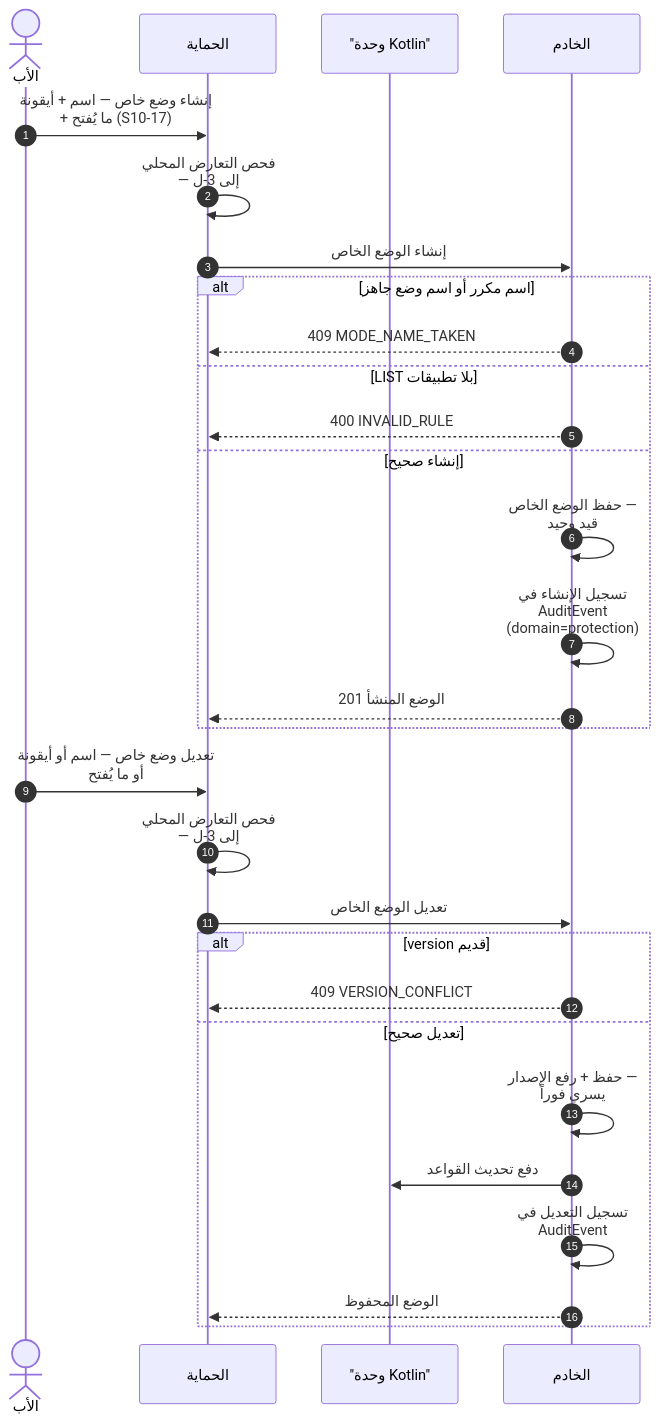
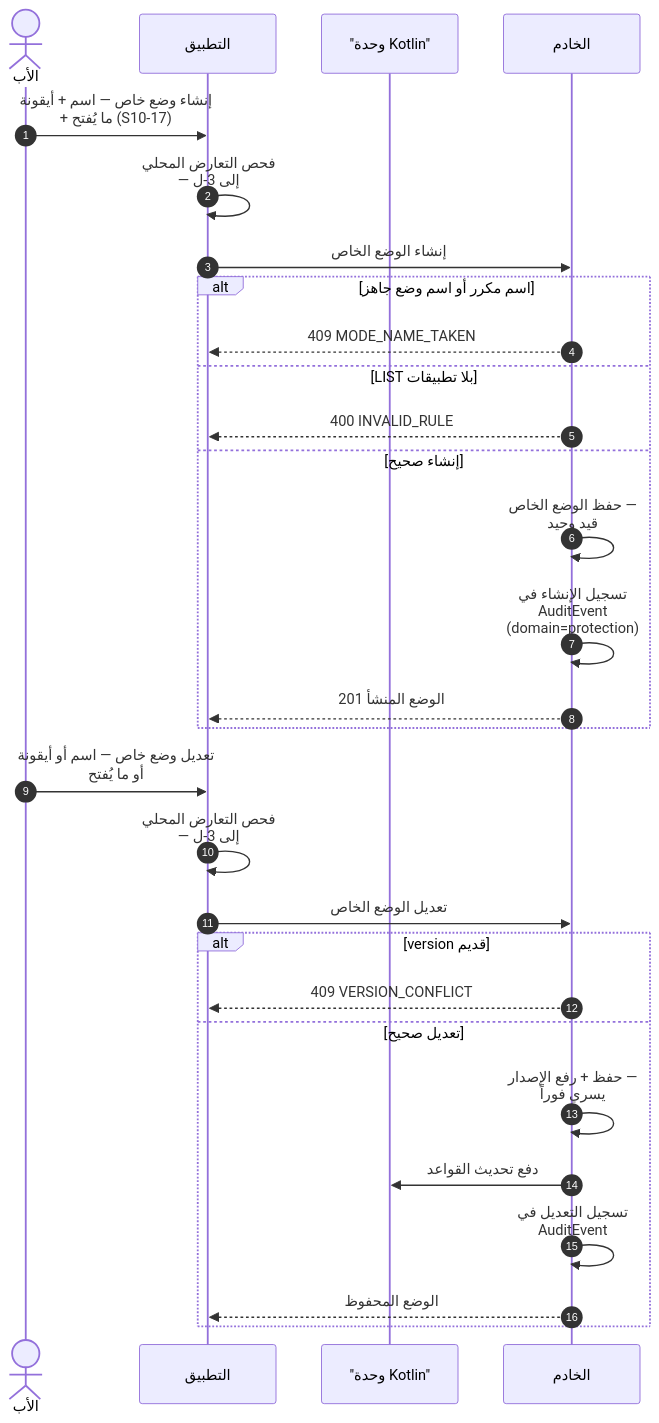
One commit to Bassam-mohammed-alqaeadi/family-os-v2 changed diagram 16 of 45 in docs/family-os/governance/phases/phase-1/S1-10-protection-and-enforcement/DIAGRAMS.md. Above: the diagram before and after it, drawn with Mermaid. The commit also changed other lines of this file, not shown here.

Commit message:
إغلاق الأسئلة (Q-439): S1-10 — S110 صار App في 3-ط/3-ك1/3-ك2 + أحكام كشف التعارض + تقصير 5-د/5-ز

````diff
--- a/docs/family-os/governance/phases/phase-1/S1-10-protection-and-enforcement/DIAGRAMS.md
+++ b/docs/family-os/governance/phases/phase-1/S1-10-protection-and-enforcement/DIAGRAMS.md
@@ -798,32 +798,32 @@
 ```mermaid
 %%{init: {"sequence": {"wrap": true}}}%%
 sequenceDiagram
     autonumber
     actor Father as الأب
-    participant S110 as الحماية
+    participant App as التطبيق
     participant K as "وحدة Kotlin"
     participant Ktor as الخادم
-    Father->>S110: إنشاء وضع خاص — اسم + أيقونة + ما يُفتح (S10-17)
-    S110->>S110: فحص التعارض المحلي — إلى 3-ل
-    S110->>Ktor: إنشاء الوضع الخاص
+    Father->>App: إنشاء وضع خاص — اسم + أيقونة + ما يُفتح (S10-17)
+    App->>App: فحص التعارض المحلي — إلى 3-ل
+    App->>Ktor: إنشاء الوضع الخاص
     alt اسم مكرر أو اسم وضع جاهز
-        Ktor-->>S110: 409 MODE_NAME_TAKEN
+        Ktor-->>App: 409 MODE_NAME_TAKEN
     else LIST بلا تطبيقات
-        Ktor-->>S110: 400 INVALID_RULE
+        Ktor-->>App: 400 INVALID_RULE
     else إنشاء صحيح
         Ktor->>Ktor: حفظ الوضع الخاص — قيد وحيد
         Ktor->>Ktor: تسجيل الإنشاء في AuditEvent (domain=protection)
-        Ktor-->>S110: 201 الوضع المنشأ
+        Ktor-->>App: 201 الوضع المنشأ
     end
-    Father->>S110: تعديل وضع خاص — اسم أو أيقونة أو ما يُفتح
-    S110->>S110: فحص التعارض المحلي — إلى 3-ل
-    S110->>Ktor: تعديل الوضع الخاص
+    Father->>App: تعديل وضع خاص — اسم أو أيقونة أو ما يُفتح
+    App->>App: فحص التعارض المحلي — إلى 3-ل
+    App->>Ktor: تعديل الوضع الخاص
     alt version قديم
-        Ktor-->>S110: 409 VERSION_CONFLICT
+        Ktor-->>App: 409 VERSION_CONFLICT
     else تعديل صحيح
         Ktor->>Ktor: حفظ + رفع الإصدار — يسري فوراً
         Ktor->>K: دفع تحديث القواعد
         Ktor->>Ktor: تسجيل التعديل في AuditEvent
-        Ktor-->>S110: الوضع المحفوظ
+        Ktor-->>App: الوضع المحفوظ
     end
 ```
````
